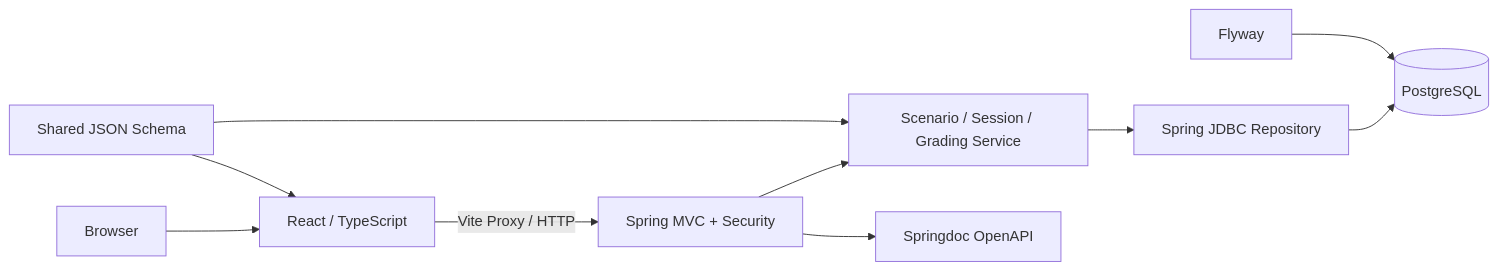
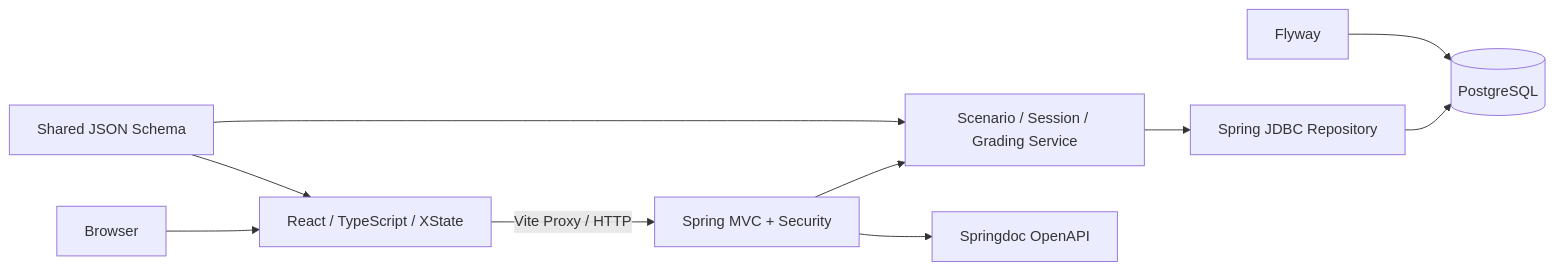
The third of 4 diagrams in README.md (ElephantAnthony/kiosk-web), drawn with Mermaid before and after one commit. The commit also changed other lines of this file and 11 other files, not shown here.

````diff
--- a/README.md
+++ b/README.md
@@ -96,12 +121,12 @@
 ```mermaid
 flowchart LR
-    B[Browser] --> F[React / TypeScript]
+    B[Browser] --> F[React / TypeScript / XState]
     F -->|Vite Proxy / HTTP| C[Spring MVC + Security]
     C --> S[Scenario / Session / Grading Service]
     S --> R[Spring JDBC Repository]
     R --> P[(PostgreSQL)]
     J[Shared JSON Schema] --> F
     J --> S
     M[Flyway] --> P
     C --> O[Springdoc OpenAPI]
 ```
````
